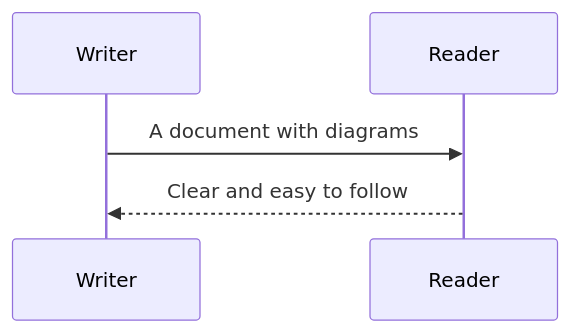
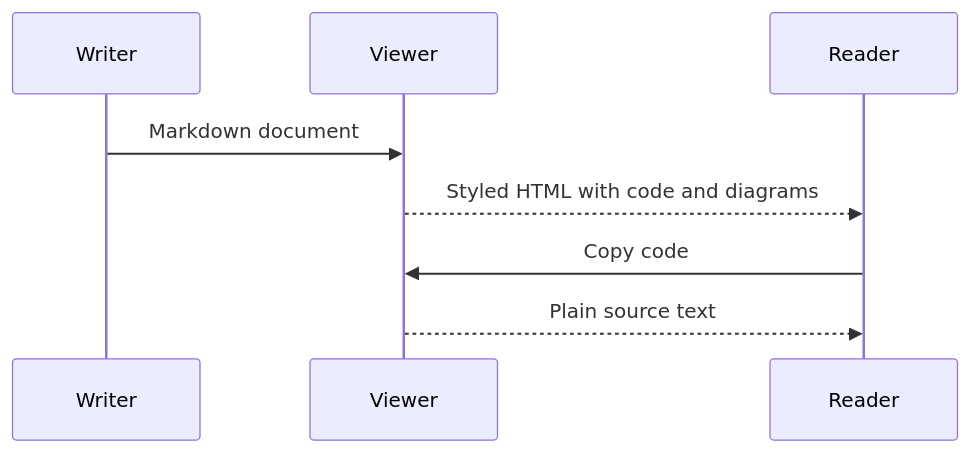
One commit to danielhundhausen/mdview changed the second of 3 diagrams in example.md. Above: the diagram before and after it, drawn with Mermaid. The commit also changed other lines of this file and 19 other files, not shown here.

````diff
--- a/example.md
+++ b/example.md
@@ -57,7 +313,10 @@
-```mermaid
+~~~mermaid
 sequenceDiagram
     participant Writer
+    participant Viewer
     participant Reader
-    Writer->>Reader: A document with diagrams
-    Reader-->>Writer: Clear and easy to follow
-```
+    Writer->>Viewer: Markdown document
+    Viewer-->>Reader: Styled HTML with code and diagrams
+    Reader->>Viewer: Copy code
+    Viewer-->>Reader: Plain source text
+~~~
````
